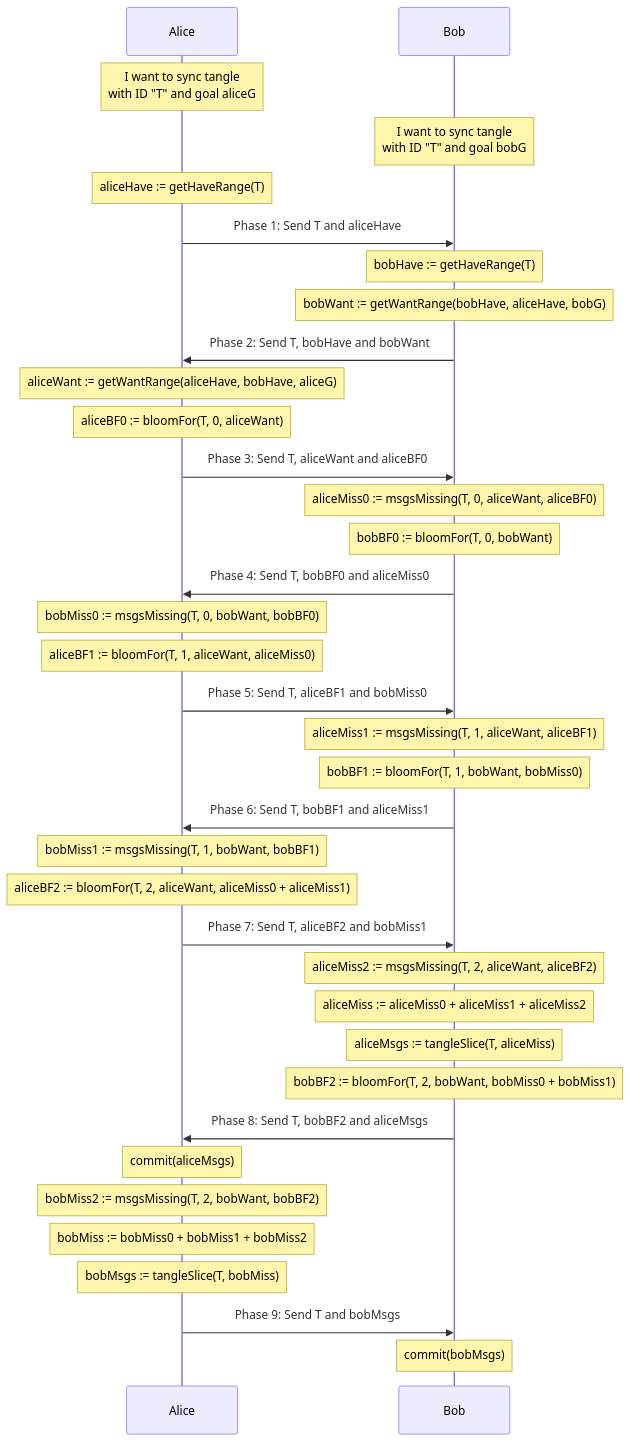
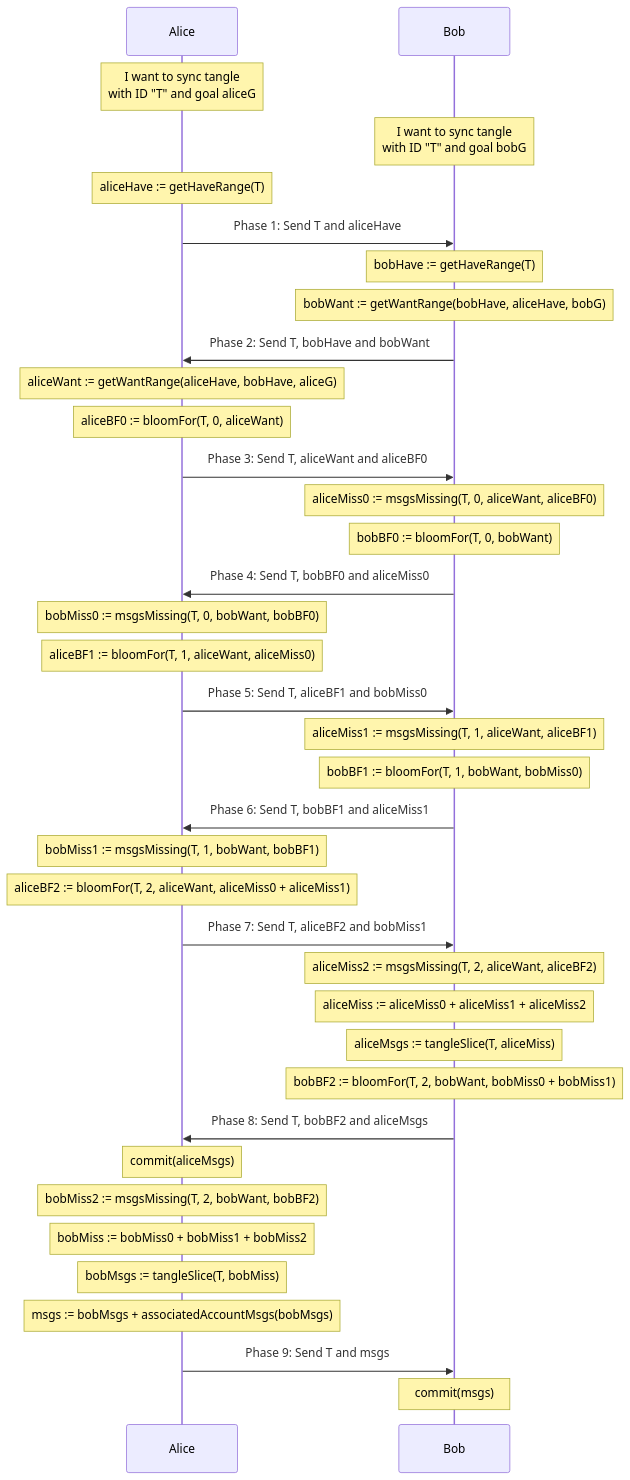
One commit to staltz/ppppp-sync changed the diagram in protospec.md. Above: the diagram before and after it, drawn with Mermaid. The commit also changed other lines of this file and 3 other files, not shown here.

Commit message:
account msgs piggyback on tangle msg sync

````diff
--- a/protospec.md
+++ b/protospec.md
@@ -7,53 +11,54 @@
 ```mermaid
 sequenceDiagram
 
 participant A as Alice
 participant B as Bob
 note over A: I want to sync tangle<br/>with ID "T" and goal aliceG
 note over B: I want to sync tangle<br/>with ID "T" and goal bobG
 note over A: aliceHave := getHaveRange(T)
 A->>B: Phase 1: Send T and aliceHave
 
 %% opt Alice's have-range is empty
 %%     B->>A: 2: Send local have-range and (empty) want-range for ID
 %%     A->>B: Send local want-range for ID
 %%     B->>A: All msgs in remote want-range
 %%     note over A: done
 %% end
 
 Note over B: bobHave := getHaveRange(T)
 Note over B: bobWant := getWantRange(bobHave, aliceHave, bobG)
 B->>A: Phase 2: Send T, bobHave and bobWant
 
 %% opt Bob's have-range is empty
 %%       A->>B: All msgs in remote want-range
 %%       note over B: done
 %% end
 
 Note over A: aliceWant := getWantRange(aliceHave, bobHave, aliceG)
 Note over A: aliceBF0 := bloomFor(T, 0, aliceWant)
 A->>B: Phase 3: Send T, aliceWant and aliceBF0
 Note over B: aliceMiss0 := msgsMissing(T, 0, aliceWant, aliceBF0)
 Note over B: bobBF0 := bloomFor(T, 0, bobWant)
 B->>A: Phase 4: Send T, bobBF0 and aliceMiss0
 Note over A: bobMiss0 := msgsMissing(T, 0, bobWant, bobBF0)
 Note over A: aliceBF1 := bloomFor(T, 1, aliceWant, aliceMiss0)
 A->>B: Phase 5: Send T, aliceBF1 and bobMiss0
 Note over B: aliceMiss1 := msgsMissing(T, 1, aliceWant, aliceBF1)
 Note over B: bobBF1 := bloomFor(T, 1, bobWant, bobMiss0)
 B->>A: Phase 6: Send T, bobBF1 and aliceMiss1
 Note over A: bobMiss1 := msgsMissing(T, 1, bobWant, bobBF1)
 Note over A: aliceBF2 := bloomFor(T, 2, aliceWant, aliceMiss0 + aliceMiss1)
 A->>B: Phase 7: Send T, aliceBF2 and bobMiss1
 Note over B: aliceMiss2 := msgsMissing(T, 2, aliceWant, aliceBF2)
 Note over B: aliceMiss := aliceMiss0 + aliceMiss1 + aliceMiss2
 Note over B: aliceMsgs := tangleSlice(T, aliceMiss)
 Note over B: bobBF2 := bloomFor(T, 2, bobWant, bobMiss0 + bobMiss1)
 B->>A: Phase 8: Send T, bobBF2 and aliceMsgs
 Note over A: commit(aliceMsgs)
 Note over A: bobMiss2 := msgsMissing(T, 2, bobWant, bobBF2)
 Note over A: bobMiss := bobMiss0 + bobMiss1 + bobMiss2
 Note over A: bobMsgs := tangleSlice(T, bobMiss)
-A->>B: Phase 9: Send T and bobMsgs
-Note over B: commit(bobMsgs)
+Note over A: msgs := bobMsgs + associatedAccountMsgs(bobMsgs)
+A->>B: Phase 9: Send T and msgs
+Note over B: commit(msgs)
 ```
````
